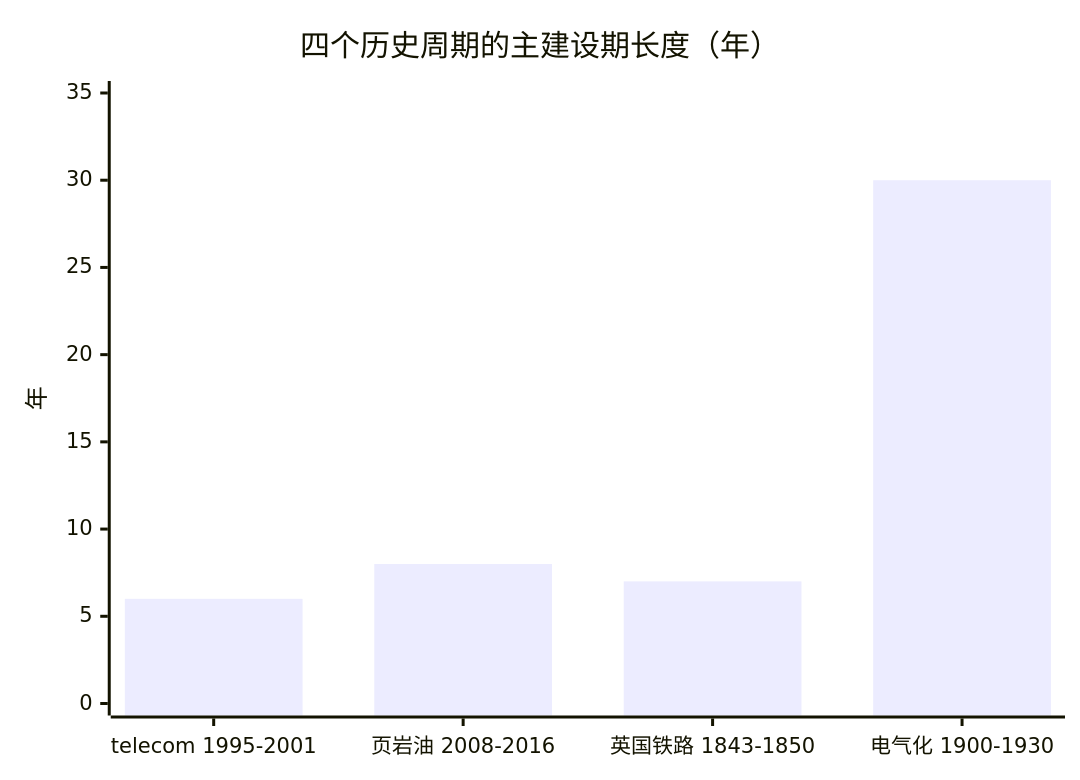
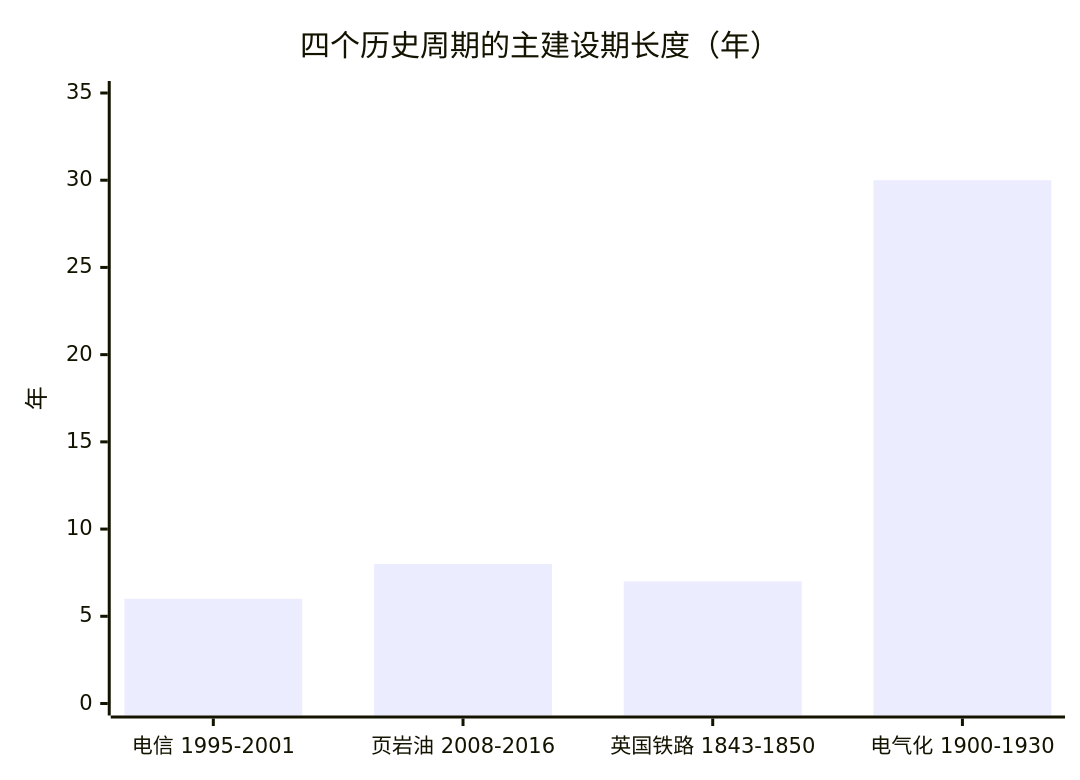
Before and after one commit to diguike/book-compute-economics: the second of 7 diagrams in book/29-cycle-positioning/README.md, drawn with Mermaid. The commit also changed other lines of this file and 33 other files, not shown here.

````diff
--- a/book/29-cycle-positioning/README.md
+++ b/book/29-cycle-positioning/README.md
@@ -54,7 +54,7 @@
 ```mermaid
 xychart-beta
     title "四个历史周期的主建设期长度（年）"
-    x-axis ["telecom 1995-2001", "页岩油 2008-2016", "英国铁路 1843-1850", "电气化 1900-1930"]
+    x-axis ["电信 1995-2001", "页岩油 2008-2016", "英国铁路 1843-1850", "电气化 1900-1930"]
     y-axis "年" 0 --> 35
     bar [6, 8, 7, 30]
 ```
````
